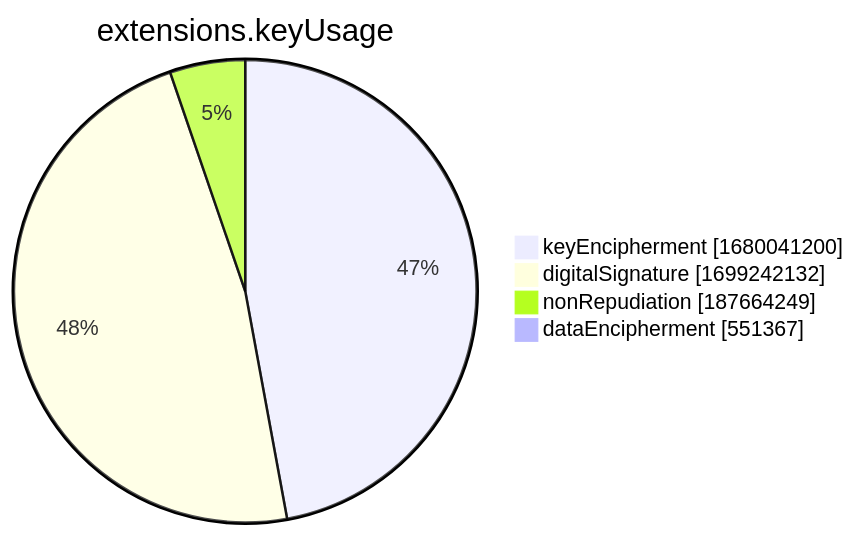
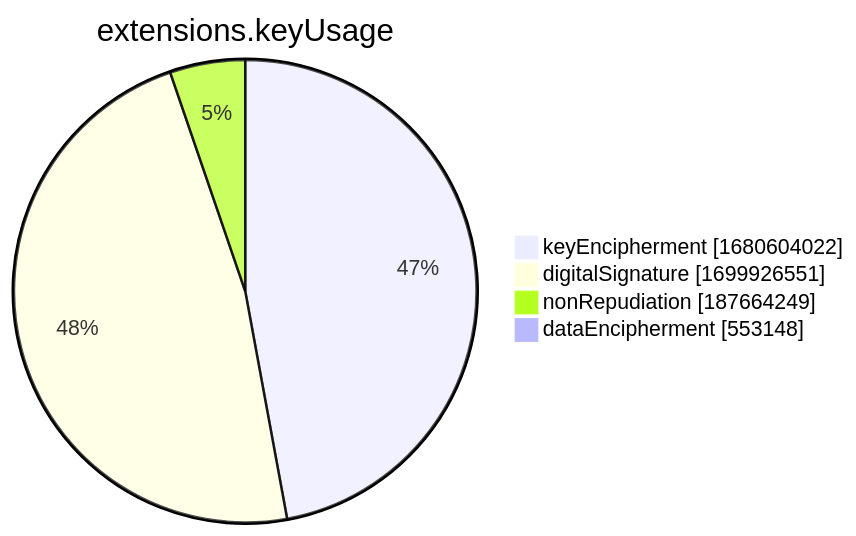
One commit to christiankrug/ctmonitor_visualization changed the seventh of 15 diagrams in xenon2022/README.md. Above: the diagram before and after it, drawn with Mermaid. The commit also changed other lines of this file, not shown here.

````diff
--- a/xenon2022/README.md
+++ b/xenon2022/README.md
@@ -2857,8 +2857,8 @@
 ```mermaid
 pie showData
 title extensions.keyUsage
-"keyEncipherment" :1680041200
-"digitalSignature" :1699242132
+"keyEncipherment" :1680604022
+"digitalSignature" :1699926551
 "nonRepudiation" :187664249
-"dataEncipherment" :551367
+"dataEncipherment" :553148
 ```
````
